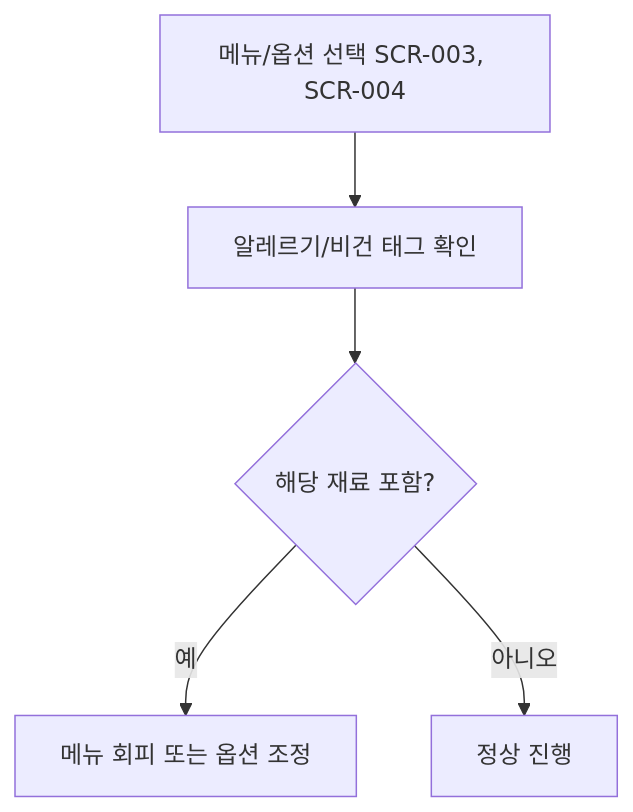
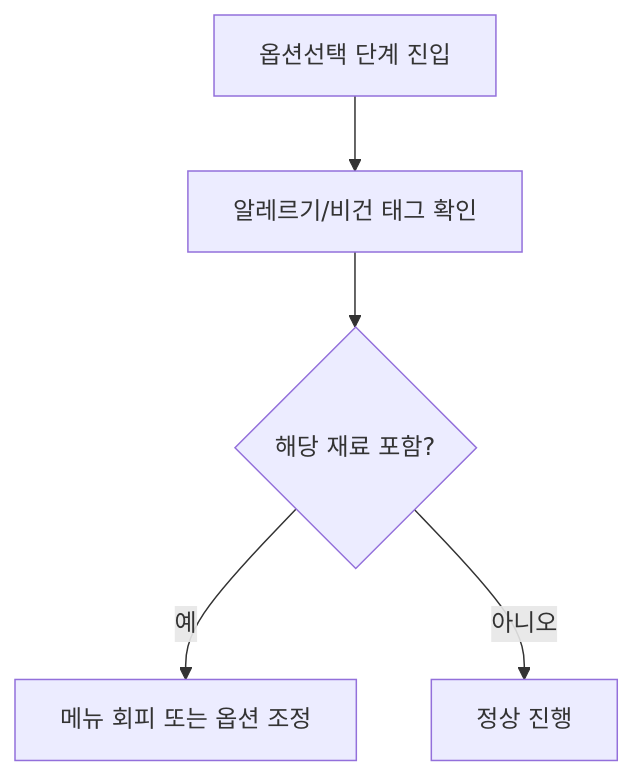
Before and after one commit to hagenie128/ASAK: diagram 11 of 25 in docs/wiki/user-scenarios.md, drawn with Mermaid. The commit also changed other lines of this file and 241 other files, not shown here.

````diff
--- a/docs/wiki/user-scenarios.md
+++ b/docs/wiki/user-scenarios.md
@@ -176,7 +175,7 @@
 ```mermaid
 flowchart TD
-    A[메뉴/옵션 선택 SCR-003, SCR-004] --> B[알레르기/비건 태그 확인]
+    A[옵션선택 단계 진입] --> B[알레르기/비건 태그 확인]
     B --> C{해당 재료 포함?}
     C -->|예| D[메뉴 회피 또는 옵션 조정]
     C -->|아니오| E[정상 진행]
 ```
````
